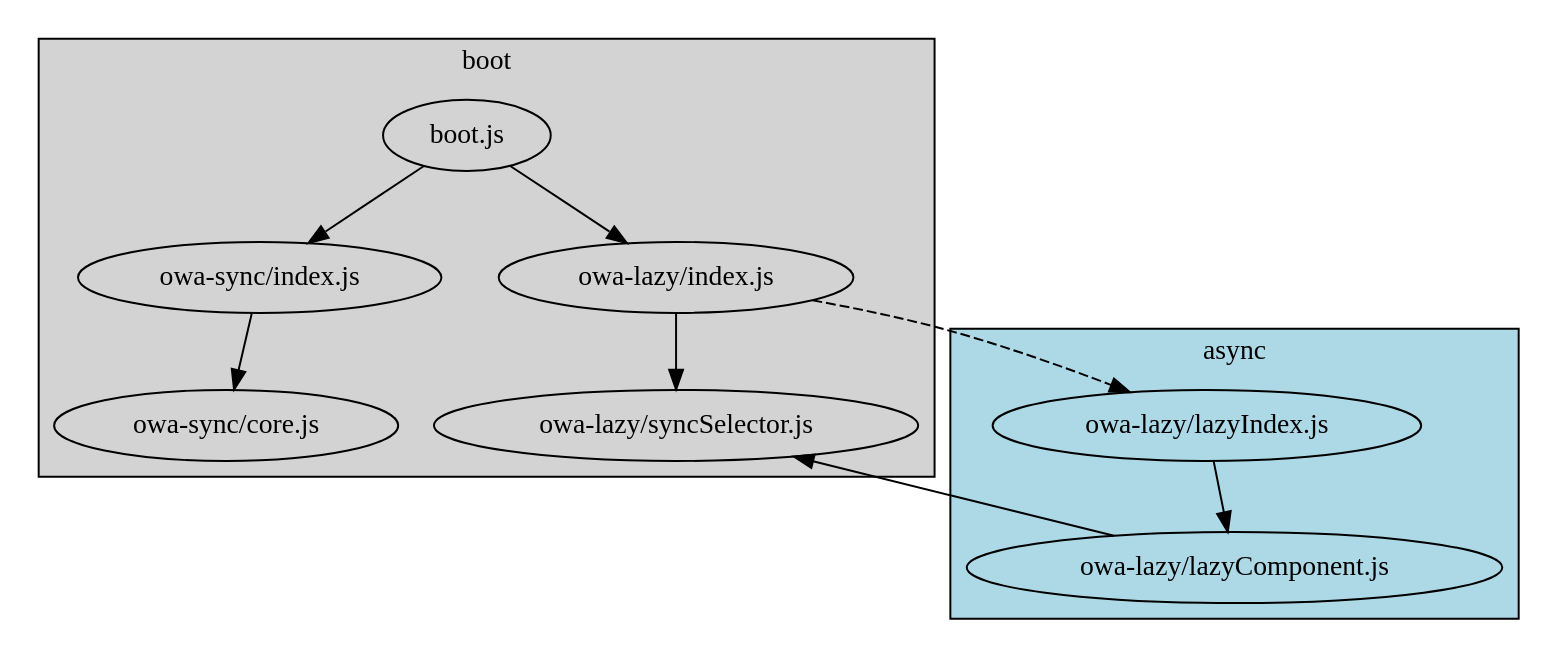
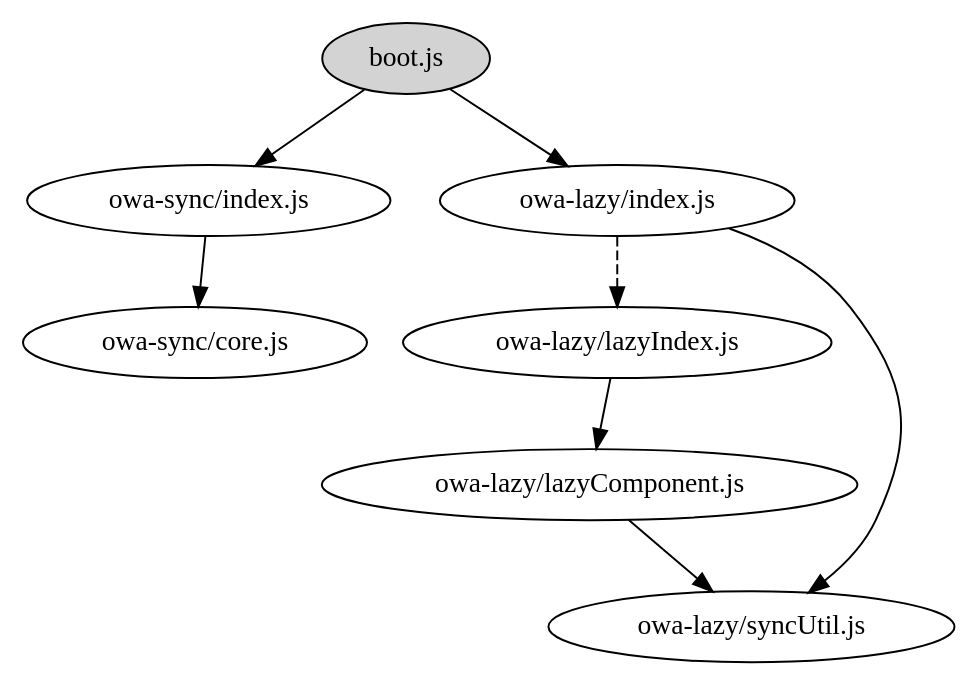
The diagram in graphs/simple-code-split/2.dot (MLoughry/webpack-talk), drawn with Graphviz before and after one commit. The commit also changed 12 other files, not shown here.

Commit message:
Create more dot graphs

```diff
--- a/graphs/simple-code-split/2.dot
+++ b/graphs/simple-code-split/2.dot
@@ -1,28 +1,27 @@
 digraph G {
   edge [fontsize=8]
 
-  a [label="boot.js"]
+  a [label="boot.js",style=filled,fillcolor=lightgrey]
   b_0 [label="owa-sync/index.js"]
   b_1 [label="owa-sync/core.js"]
   c_0 [label="owa-lazy/index.js"]
   c_1 [label="owa-lazy/lazyIndex.js"]
   c_2 [label="owa-lazy/lazyComponent.js"]
-  c_3 [label="owa-lazy/syncSelector.js"]
+  c_3 [label="owa-lazy/syncUtil.js"]
 
   subgraph cluster_0 {
       label="boot"
       bgcolor=lightgrey
-      a -> b_0 -> b_1
-      a -> c_0
-      c_0 -> c_3
   }
 
   subgraph cluster_1 {
       label="async"
       bgcolor=lightblue
-      c_1 -> c_2
-      c_2 -> c_3
   }
 
+  a -> b_0 -> b_1
+  a -> c_0
+  c_0 -> c_3
+  c_1 -> c_2 -> c_3
   c_0 -> c_1 [style=dashed]
 }
```
